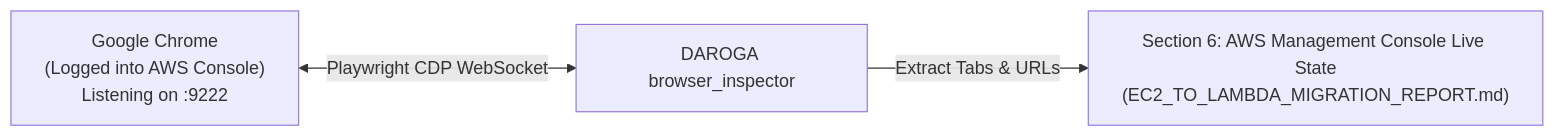
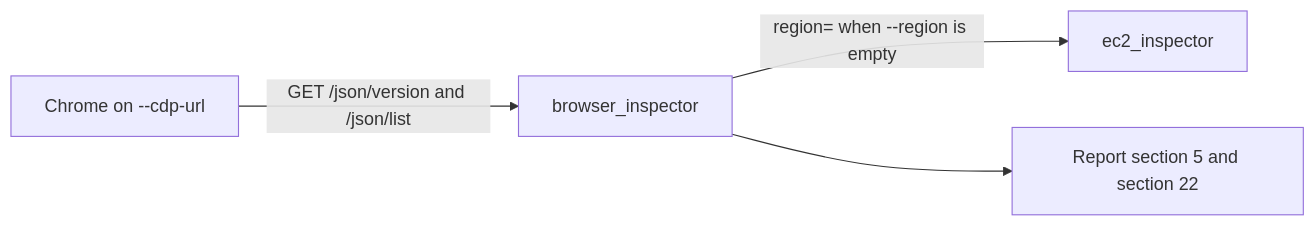
One commit to dhawalshankar/daroga changed the second of 2 diagrams in docs/CLI_REFERENCE.md. Above: the diagram before and after it, drawn with Mermaid. The commit also changed other lines of this file and 6 other files, not shown here.

Commit message:
docs: update architecture and CLI reference for clarity and consistency, enhance PRD with detailed scope and migration process

````diff
--- a/docs/CLI_REFERENCE.md
+++ b/docs/CLI_REFERENCE.md
@@ -144,5 +202,6 @@
 ```mermaid
 flowchart LR
-    Chrome["Google Chrome<br/>(Logged into AWS Console)<br/>Listening on :9222"] <-->|"Playwright CDP WebSocket"| DAROGA["DAROGA browser_inspector"]
-    DAROGA -->|"Extract Tabs & URLs"| Report["Section 6: AWS Management Console Live State<br/>(EC2_TO_LAMBDA_MIGRATION_REPORT.md)"]
+    Chrome["Chrome on --cdp-url"] -->|"GET /json/version and /json/list"| DAROGA["browser_inspector"]
+    DAROGA -->|"region= when --region is empty"| EC2["ec2_inspector"]
+    DAROGA --> Report["Report section 5 and section 22"]
 ```
````
